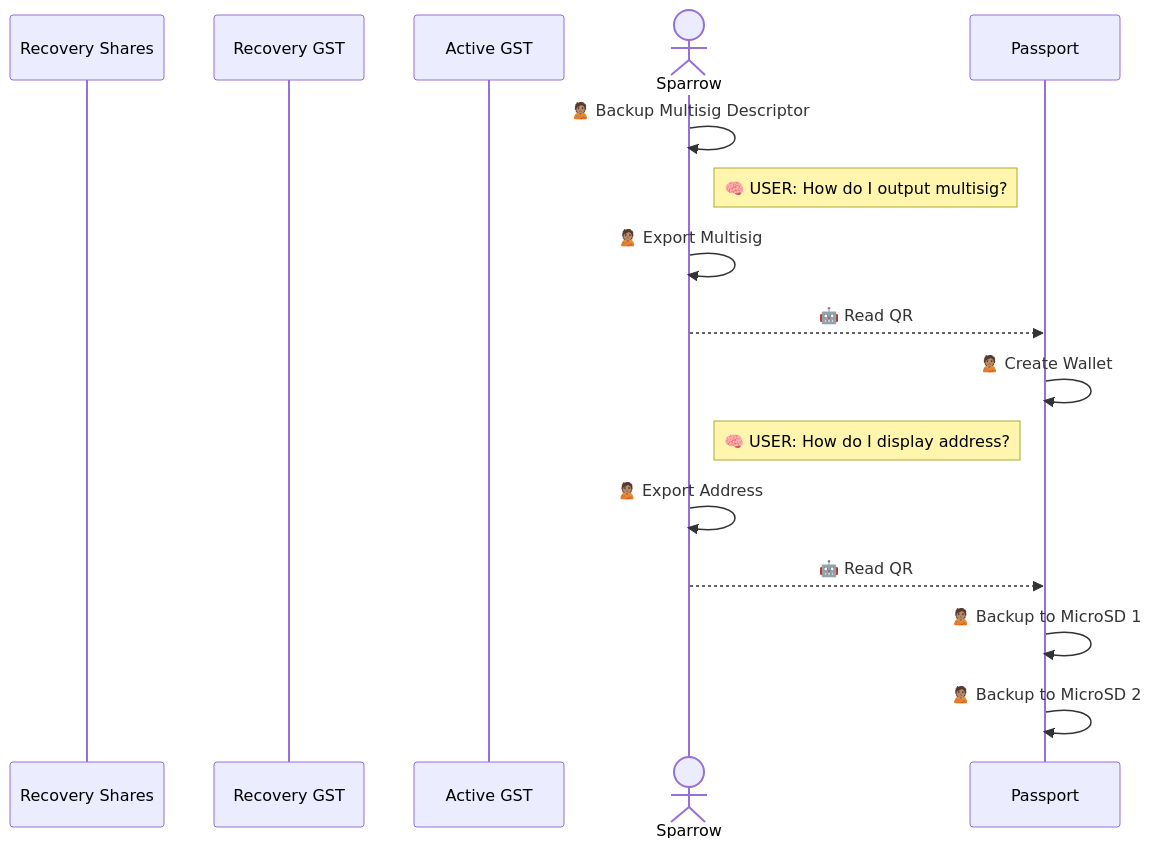
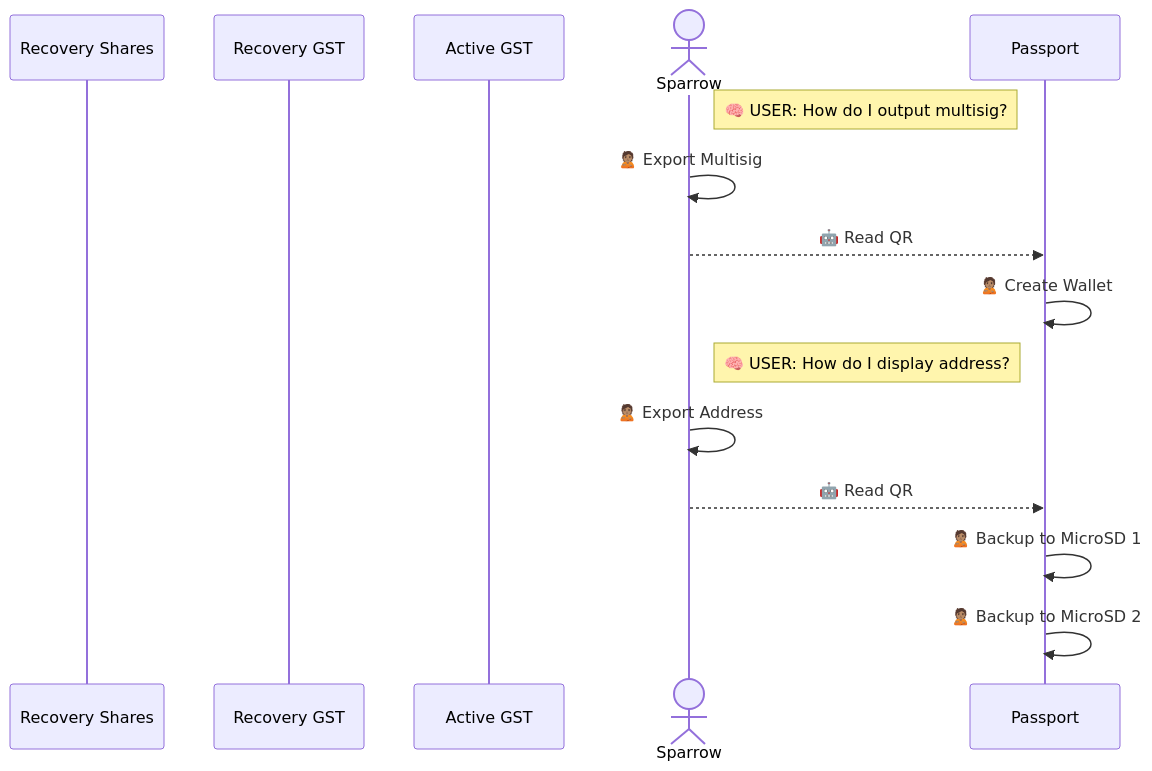
Before and after one commit to BlockchainCommons/SmartCustody: the sixth of 12 diagrams in Docs/Scenario-Multisig-RR.md, drawn with Mermaid.

````diff
--- a/Docs/Scenario-Multisig-RR.md
+++ b/Docs/Scenario-Multisig-RR.md
@@ -134,19 +135,18 @@
 ```mermaid
 sequenceDiagram
 participant Rs as Recovery Shares
 participant R as Recovery GST
 participant S1 as Active GST
 actor TC as Sparrow
 participant S2 as Passport
 
-TC->>TC: 🙎🏽 Backup Multisig Descriptor
 note right of TC: 🧠 USER: How do I output multisig?
 TC->>TC: 🙎🏽 Export Multisig
 TC-->>S2: 🤖 Read QR
 S2->>S2: 🙎🏽 Create Wallet
 note right of TC: 🧠 USER: How do I display address?
 TC->>TC: 🙎🏽 Export Address
 TC-->>S2: 🤖 Read QR
 S2->>S2: 🙎🏽 Backup to MicroSD 1
 S2->>S2: 🙎🏽 Backup to MicroSD 2
 ```
````
